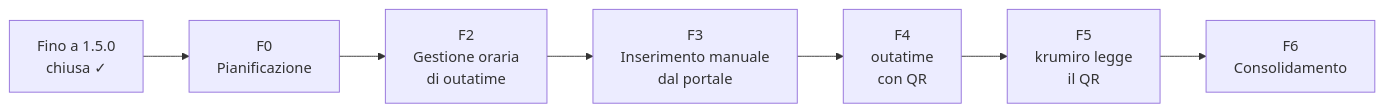
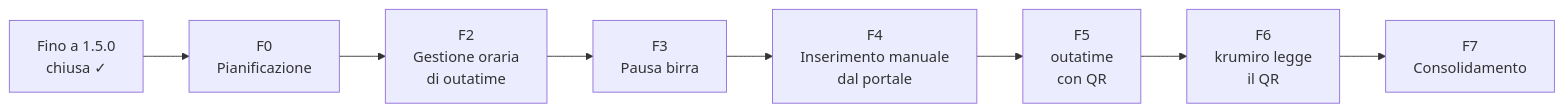
The diagram in docs/implementation/roadmap.md (gcampa/krumiro2.0), drawn with Mermaid before and after one commit. The commit also changed other lines of this file and 10 other files, not shown here.

First line of the commit message:
docs: piano F3 pausa birra e rinumerazione delle fasi (D29, D30)

````diff
--- a/docs/implementation/roadmap.md
+++ b/docs/implementation/roadmap.md
@@ -7,5 +7,5 @@
 ```mermaid
 flowchart LR
     F00[Fino a 1.5.0<br/>chiusa ✓] --> F0[F0<br/>Pianificazione] --> F2[F2<br/>Gestione oraria<br/>di outatime]
-    F2 --> F3[F3<br/>Inserimento manuale<br/>dal portale] --> F4[F4<br/>outatime<br/>con QR] --> F5[F5<br/>krumiro legge<br/>il QR] --> F6[F6<br/>Consolidamento]
+    F2 --> F3[F3<br/>Pausa birra] --> F4[F4<br/>Inserimento manuale<br/>dal portale] --> F5[F5<br/>outatime<br/>con QR] --> F6[F6<br/>krumiro legge<br/>il QR] --> F7[F7<br/>Consolidamento]
 ```
````
